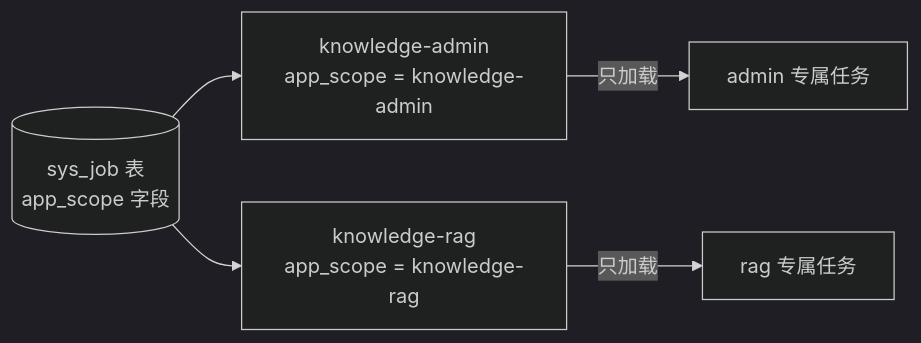
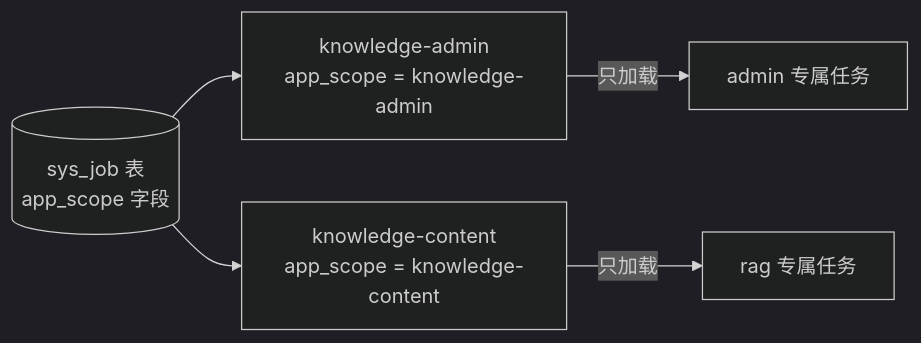
Before and after one commit to jiangwch03/knowledge: the second of 6 diagrams in docs/infrastructure/定时任务调度.md, drawn with Mermaid (dark theme). The commit also changed other lines of this file and 201 other files, not shown here.

First line of the commit message:
refactor: 项目重命名 knowledge-rag → knowledge-content（全栈）

````diff
--- a/docs/infrastructure/定时任务调度.md
+++ b/docs/infrastructure/定时任务调度.md
@@ -37,7 +37,7 @@
 ```mermaid
 graph LR
     DB[(sys_job 表<br/>app_scope 字段)] --> Admin["knowledge-admin<br/>app_scope = knowledge-admin"]
-    DB --> Rag["knowledge-rag<br/>app_scope = knowledge-rag"]
+    DB --> Rag["knowledge-content<br/>app_scope = knowledge-content"]
     Admin -->|"只加载"| AdminJobs["admin 专属任务"]
     Rag -->|"只加载"| RagJobs["rag 专属任务"]
 ```
````
